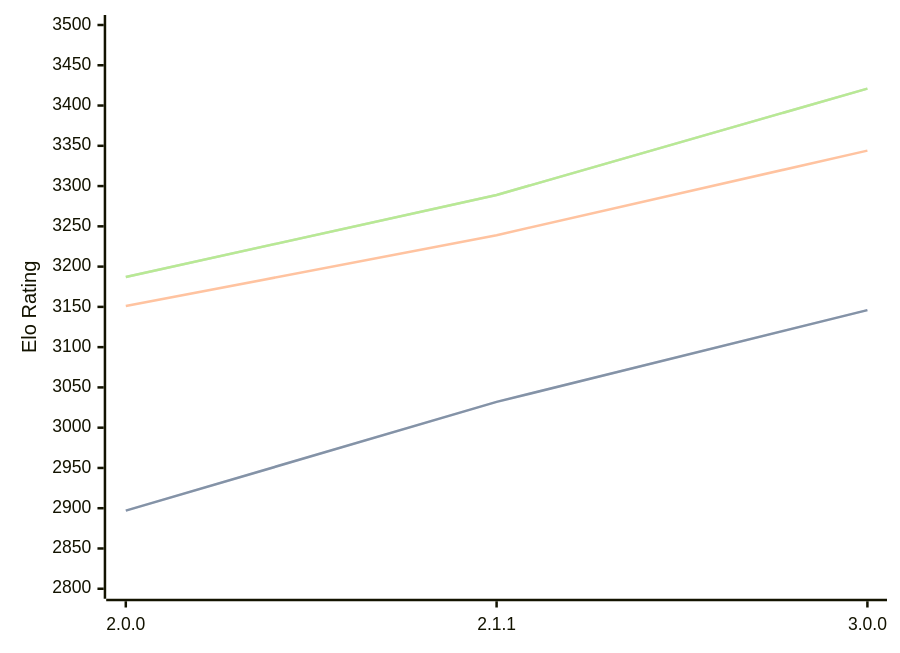
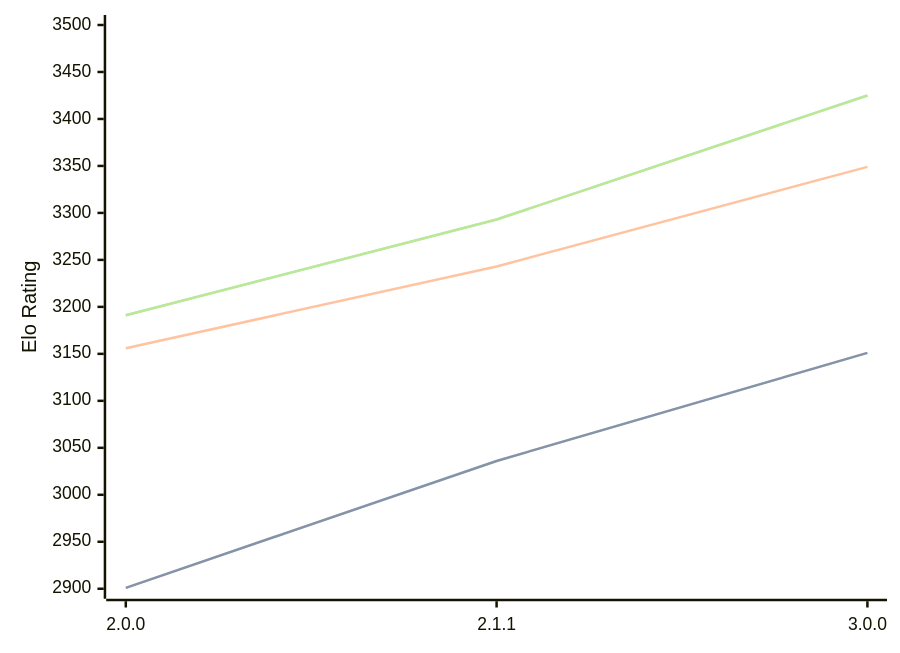
The diagram in engines/Bread.md (computer-chess-index/cci), drawn with Mermaid before and after one commit. The commit also changed other lines of this file, not shown here.

Commit message:
Update CCI Ratings (ELO VLTC) - 2026-04-18

````diff
--- a/engines/Bread.md
+++ b/engines/Bread.md
@@ -51,11 +51,11 @@
 ```mermaid
 %%{init: {"theme":"base","themeVariables":{"seriesColors:['#a3a3a3','#222221','#faa371']}}}%%
 xychart-beta
   x-axis ["2.0.0", "2.1.1", "3.0.0"]
-  y-axis "Elo Rating" 2800 --> 3500
-  line "STC (8.0+0.08s)" [2897, 3032, 3146]
-  line "STC (8.0+0.08s)" [2897, 3032, 3146]
-  line "LTC (60.0+0.60s)" [3151, 3239, 3344]
-  line "VLTC (2m24s+1.12s)" [3187, 3289, 3421]
-  line "VLTC (2m24s+1.12s)" [3187, 3289, 3421]
+  y-axis "Elo Rating" 2900 --> 3500
+  line "STC (8.0+0.08s)" [2901, 3036, 3151]
+  line "STC (8.0+0.08s)" [2901, 3036, 3151]
+  line "LTC (60.0+0.60s)" [3156, 3243, 3349]
+  line "VLTC (2m24s+1.12s)" [3191, 3293, 3425]
+  line "VLTC (2m24s+1.12s)" [3191, 3293, 3425]
 ```
````
